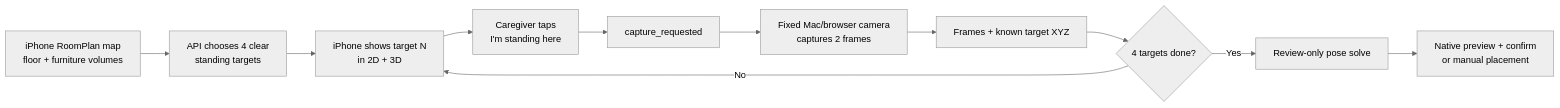
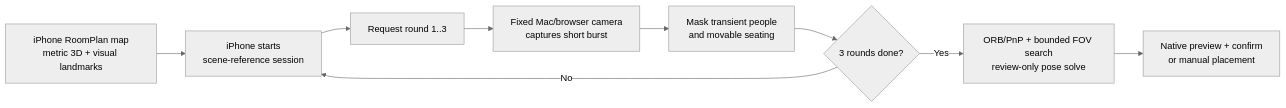
The fifth of 13 diagrams in pages/architecture/lidar-mapping-visual-guide.md (0xbiel/one-docs), drawn with Mermaid (neutral theme) before and after one commit. The commit also changed other lines of this file and 6 other files, not shown here.

````diff
--- a/pages/architecture/lidar-mapping-visual-guide.md
+++ b/pages/architecture/lidar-mapping-visual-guide.md
@@ -167,13 +173,11 @@
 ```mermaid
 flowchart LR
-    lidar["iPhone RoomPlan map<br/>floor + furniture volumes"] --> targets["API chooses 4 clear<br/>standing targets"]
-    targets --> phone["iPhone shows target N<br/>in 2D + 3D"]
-    phone --> ready["Caregiver taps<br/>I'm standing here"]
-    ready --> command["capture_requested"]
-    command --> mac["Fixed Mac/browser camera<br/>captures 2 frames"]
-    mac --> anchors["Frames + known target XYZ"]
-    anchors --> repeat{"4 targets done?"}
+    lidar["iPhone RoomPlan map<br/>metric 3D + visual landmarks"] --> phone["iPhone starts<br/>scene-reference session"]
+    phone --> command["Request round 1..3"]
+    command --> mac["Fixed Mac/browser camera<br/>captures short burst"]
+    mac --> stable["Mask transient people<br/>and movable seating"]
+    stable --> repeat{"3 rounds done?"}
     repeat -->|"No"| phone
-    repeat -->|"Yes"| solve["Review-only pose solve"]
+    repeat -->|"Yes"| solve["ORB/PnP + bounded FOV search<br/>review-only pose solve"]
     solve --> review["Native preview + confirm<br/>or manual placement"]
 ```
````
